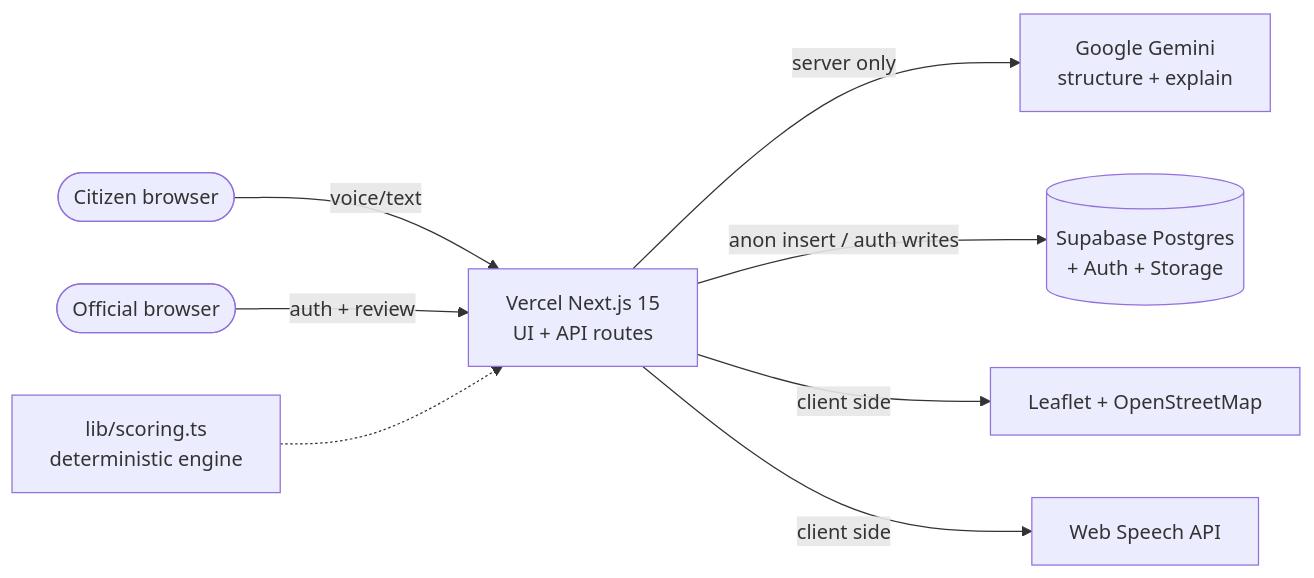
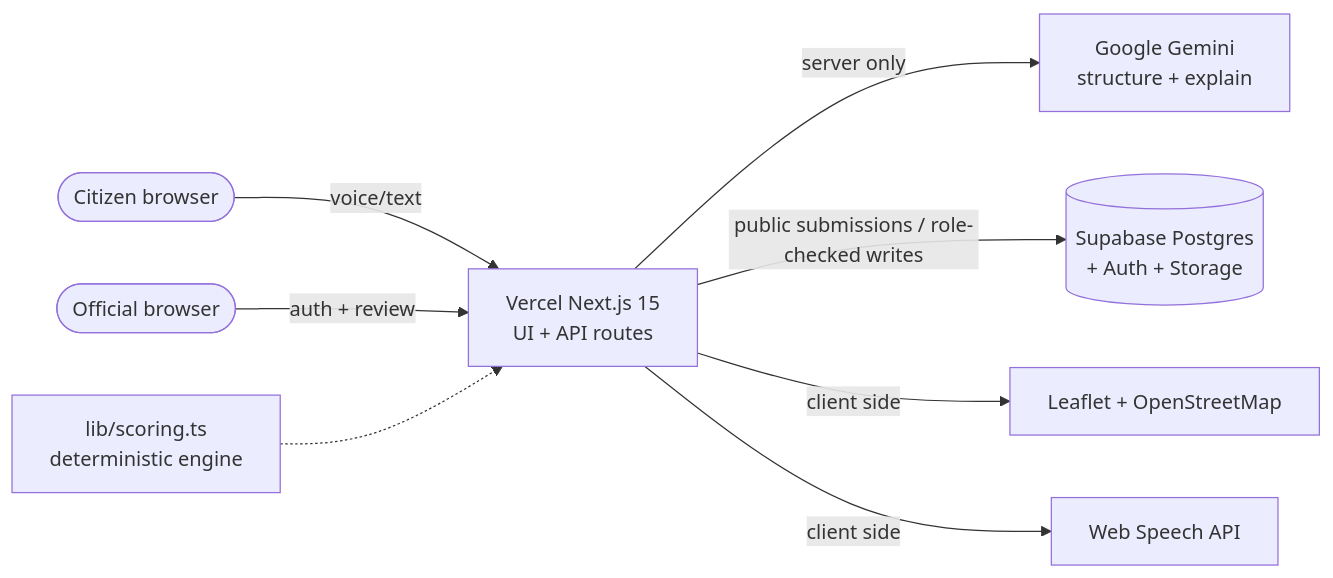
One commit to samudragupto/budgetmirror-ai changed the diagram in README.md. Above: the diagram before and after it, drawn with Mermaid. The commit also changed other lines of this file and 31 other files, not shown here.

````diff
--- a/README.md
+++ b/README.md
@@ -41,10 +43,10 @@
 ```mermaid
 flowchart LR
     Citizen([Citizen browser]) -->|voice/text| Next[Vercel Next.js 15<br/>UI + API routes]
     Official([Official browser]) -->|auth + review| Next
     Next -->|server only| Gemini[Google Gemini<br/>structure + explain]
-    Next -->|anon insert / auth writes| DB[(Supabase Postgres<br/>+ Auth + Storage)]
+    Next -->|public submissions / role-checked writes| DB[(Supabase Postgres<br/>+ Auth + Storage)]
     Next -->|client side| OSM[Leaflet + OpenStreetMap]
     Next -->|client side| Speech[Web Speech API]
     Scoring[lib/scoring.ts<br/>deterministic engine] -.-> Next
 ```
````
